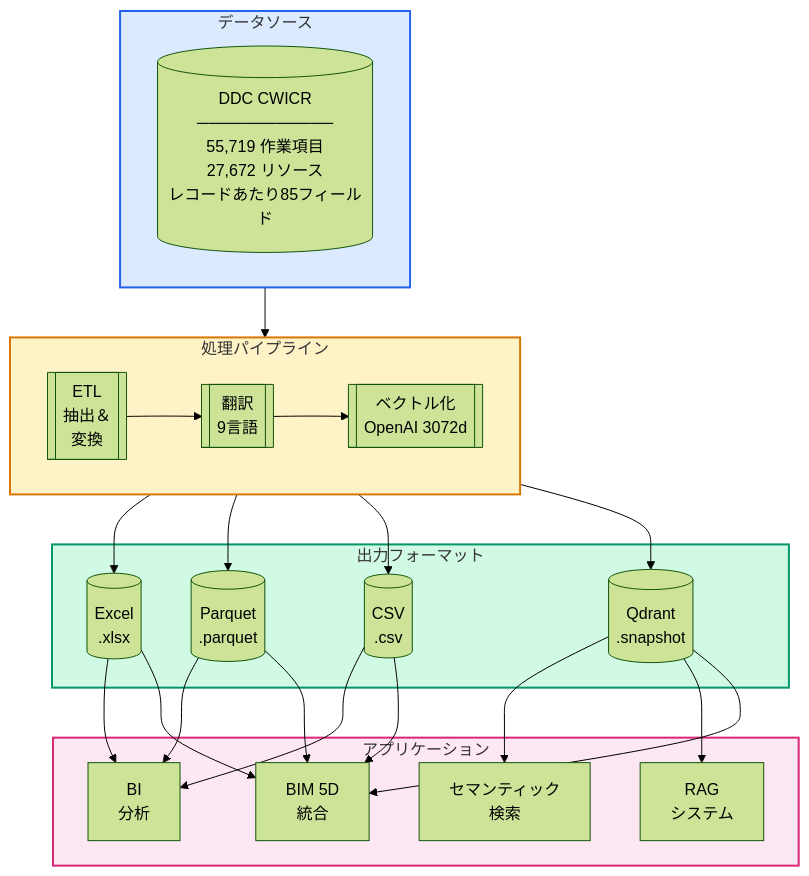
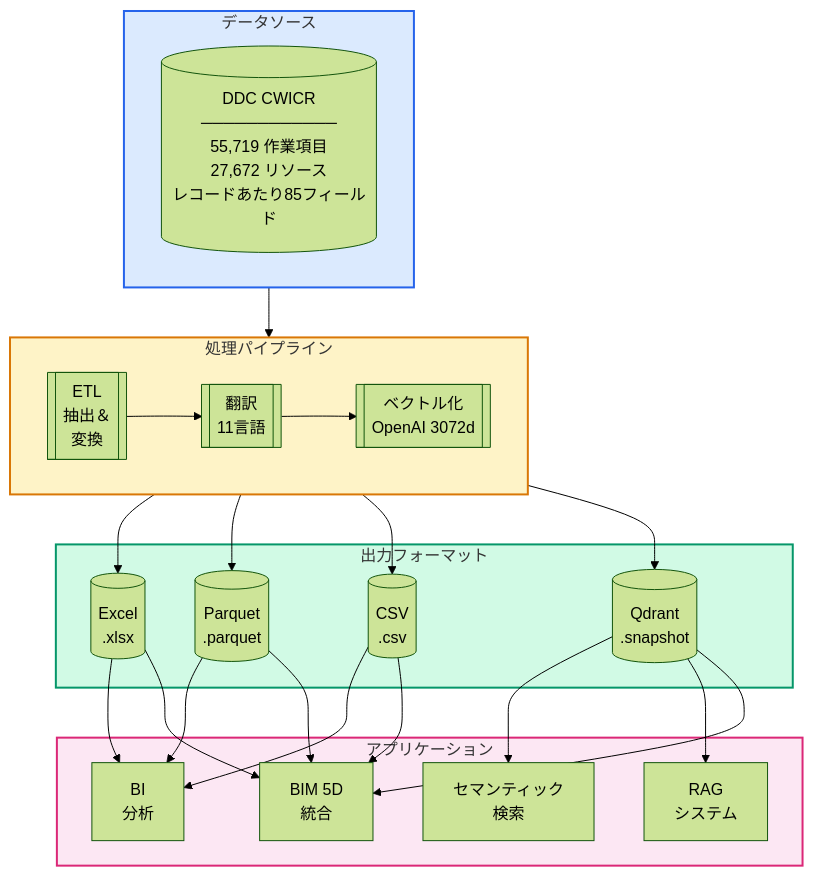
The second of 6 diagrams in README.ja.md (ehtick/OpenConstructionEstimate-DDC-CWICR), drawn with Mermaid (forest theme) before and after one commit. The commit also changed other lines of this file and 81 other files, not shown here.

````diff
--- a/README.ja.md
+++ b/README.ja.md
@@ -562,38 +562,38 @@
 ```mermaid
 flowchart TB
     subgraph Source["データソース"]
         CWICR[(DDC CWICR<br/>────────────<br/>55,719 作業項目<br/>27,672 リソース<br/>レコードあたり85フィールド)]
     end
 
     subgraph Processing["処理パイプライン"]
         direction LR
         ETL[["ETL<br/>抽出＆<br/>変換"]]
-        TRANS[["翻訳<br/>9言語"]]
+        TRANS[["翻訳<br/>11言語"]]
         EMBED[["ベクトル化<br/>OpenAI 3072d"]]
         ETL --> TRANS --> EMBED
     end
 
     subgraph Outputs["出力フォーマット"]
         XLSX[("Excel<br/>.xlsx")]
         PARQUET[("Parquet<br/>.parquet")]
         CSV[("CSV<br/>.csv")]
         QDRANT[("Qdrant<br/>.snapshot")]
     end
 
     subgraph Apps["アプリケーション"]
         SEARCH["セマンティック<br/>検索"]
         BIM["BIM 5D<br/>統合"]
         RAG["RAG<br/>システム"]
         BI["BI<br/>分析"]
     end
 
     Source --> Processing
     Processing --> XLSX & PARQUET & CSV & QDRANT
     XLSX & PARQUET & CSV --> BI & BIM
     QDRANT --> SEARCH & RAG & BIM
 
     style Source fill:#dbeafe,stroke:#2563eb,stroke-width:2px
     style Processing fill:#fef3c7,stroke:#d97706,stroke-width:2px
     style Outputs fill:#d1fae5,stroke:#059669,stroke-width:2px
     style Apps fill:#fce7f3,stroke:#db2777,stroke-width:2px
 ```
````
